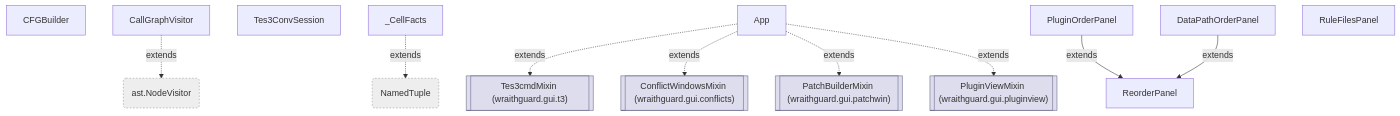
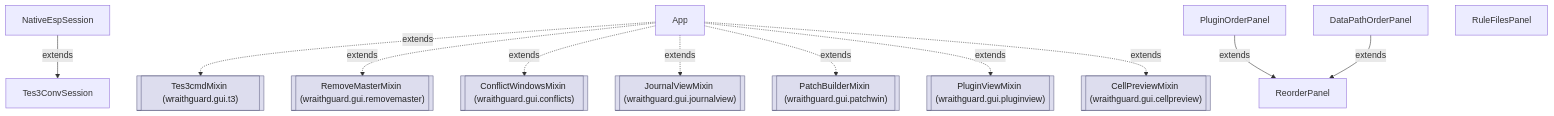
Before and after one commit to staticnation/WraithguardToolkit: diagram 23 of 39 in art/AST-calls.md, drawn with Mermaid. The commit also changed other lines of this file and 25 other files, not shown here.

````diff
--- a/art/AST-calls.md
+++ b/art/AST-calls.md
@@ -748,28 +1397,28 @@
 ```mermaid
 flowchart TD
-  n_ast_mermaid_CFGBuilder["CFGBuilder"]
-  n_ast_mermaid_CallGraphVisitor["CallGraphVisitor"]
+  n_wraithguard_toolkit_NativeEspSession["NativeEspSession"]
   n_wraithguard_toolkit_Tes3ConvSession["Tes3ConvSession"]
-  n_wraithguard_toolkit__CellFacts["_CellFacts"]
   n_wraithguard_toolkit_gui_App["App"]
   n_wraithguard_toolkit_gui_DataPathOrderPanel["DataPathOrderPanel"]
   n_wraithguard_toolkit_gui_PluginOrderPanel["PluginOrderPanel"]
   n_wraithguard_toolkit_gui_ReorderPanel["ReorderPanel"]
   n_wraithguard_toolkit_gui_RuleFilesPanel["RuleFilesPanel"]
-  n_EXTBASE_ast_NodeVisitor("ast.NodeVisitor"):::external
-  n_ast_mermaid_CallGraphVisitor -.->|extends| n_EXTBASE_ast_NodeVisitor
-  n_EXTBASE_NamedTuple("NamedTuple"):::external
-  n_wraithguard_toolkit__CellFacts -.->|extends| n_EXTBASE_NamedTuple
+  n_wraithguard_toolkit_NativeEspSession -->|extends| n_wraithguard_toolkit_Tes3ConvSession
   n_wraithguard_toolkit_gui_PluginOrderPanel -->|extends| n_wraithguard_toolkit_gui_ReorderPanel
   n_wraithguard_toolkit_gui_DataPathOrderPanel -->|extends| n_wraithguard_toolkit_gui_ReorderPanel
   n_PKGCLS_wraithguard_gui_t3_Tes3cmdMixin[["Tes3cmdMixin (wraithguard.gui.t3)"]]:::pkglink
   n_wraithguard_toolkit_gui_App -.->|extends| n_PKGCLS_wraithguard_gui_t3_Tes3cmdMixin
+  n_PKGCLS_wraithguard_gui_removemaster_RemoveMasterMixin[["RemoveMasterMixin (wraithguard.gui.removemaster)"]]:::pkglink
+  n_wraithguard_toolkit_gui_App -.->|extends| n_PKGCLS_wraithguard_gui_removemaster_RemoveMasterMixin
   n_PKGCLS_wraithguard_gui_conflicts_ConflictWindowsMixin[["ConflictWindowsMixin (wraithguard.gui.conflicts)"]]:::pkglink
   n_wraithguard_toolkit_gui_App -.->|extends| n_PKGCLS_wraithguard_gui_conflicts_ConflictWindowsMixin
+  n_PKGCLS_wraithguard_gui_journalview_JournalViewMixin[["JournalViewMixin (wraithguard.gui.journalview)"]]:::pkglink
+  n_wraithguard_toolkit_gui_App -.->|extends| n_PKGCLS_wraithguard_gui_journalview_JournalViewMixin
   n_PKGCLS_wraithguard_gui_patchwin_PatchBuilderMixin[["PatchBuilderMixin (wraithguard.gui.patchwin)"]]:::pkglink
   n_wraithguard_toolkit_gui_App -.->|extends| n_PKGCLS_wraithguard_gui_patchwin_PatchBuilderMixin
   n_PKGCLS_wraithguard_gui_pluginview_PluginViewMixin[["PluginViewMixin (wraithguard.gui.pluginview)"]]:::pkglink
   n_wraithguard_toolkit_gui_App -.->|extends| n_PKGCLS_wraithguard_gui_pluginview_PluginViewMixin
-  classDef external fill:#eee,stroke:#999,stroke-dasharray: 3 3
-  classDef pkglink fill:#dde,stroke:#668
+  n_PKGCLS_wraithguard_gui_cellpreview_CellPreviewMixin[["CellPreviewMixin (wraithguard.gui.cellpreview)"]]:::pkglink
+  n_wraithguard_toolkit_gui_App -.->|extends| n_PKGCLS_wraithguard_gui_cellpreview_CellPreviewMixin
+  classDef pkglink fill:#dde,stroke:#668,color:#222
 ```
````
